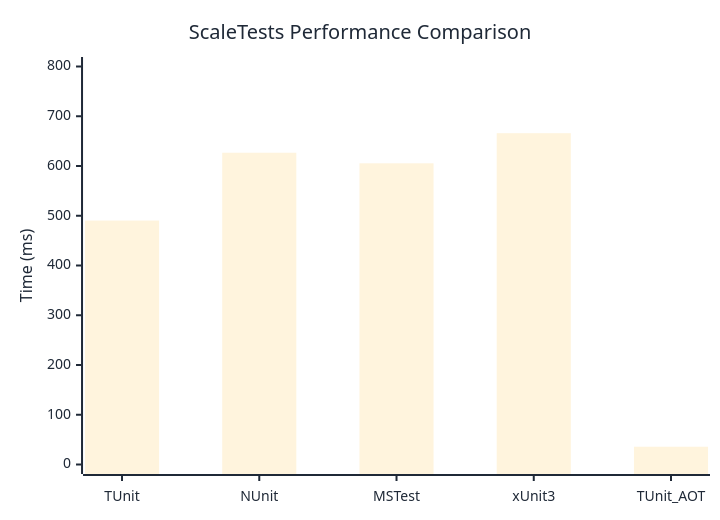
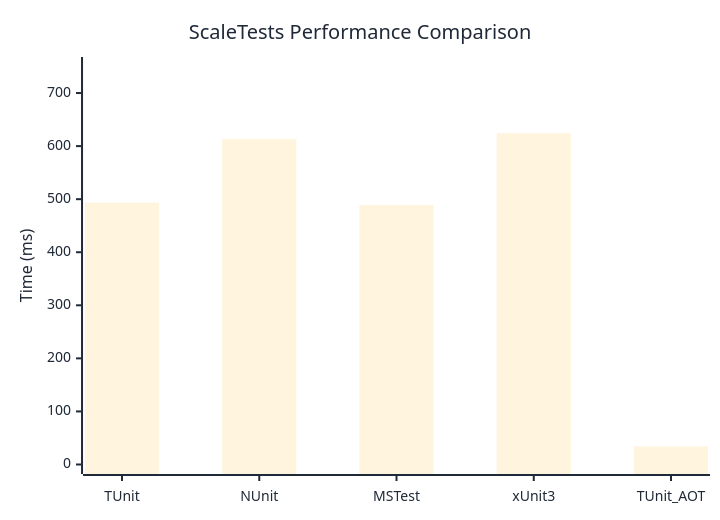
One commit to thomhurst/TUnit changed the diagram in docs/docs/benchmarks/ScaleTests.md. Above: the diagram before and after it, drawn with Mermaid. The commit also changed other lines of this file and 17 other files, not shown here.

````diff
--- a/docs/docs/benchmarks/ScaleTests.md
+++ b/docs/docs/benchmarks/ScaleTests.md
@@ -27,37 +27,37 @@
 ```mermaid
 %%{init: {
   'theme':'base',
   'themeVariables': {
     'primaryColor': '#2563eb',
     'primaryTextColor': '#1f2937',
     'primaryBorderColor': '#1e40af',
     'lineColor': '#6b7280',
     'secondaryColor': '#7c3aed',
     'tertiaryColor': '#dc2626',
     'background': '#ffffff',
     'mainBkg': '#2563eb',
     'secondBkg': '#7c3aed',
     'tertiaryBkg': '#dc2626',
     'clusterBkg': '#f3f4f6',
     'edgeLabelBackground': '#ffffff',
     'tertiaryTextColor': '#1f2937',
     'pie1': '#2563eb',
     'pie2': '#7c3aed',
     'pie3': '#dc2626',
     'pie4': '#f59e0b',
     'pie5': '#10b981',
     'pie6': '#06b6d4',
     'pie7': '#ec4899',
     'pie8': '#6366f1',
     'pie9': '#84cc16',
     'pie10': '#f97316',
     'pie11': '#14b8a6',
     'pie12': '#a855f7'
   }
 }}%%
 xychart-beta
   title "ScaleTests Performance Comparison"
   x-axis ["TUnit", "NUnit", "MSTest", "xUnit3", "TUnit_AOT"]
-  y-axis "Time (ms)" 0 --> 800
-  bar [490.32, 626.66, 605.43, 665.98, 35.74]
+  y-axis "Time (ms)" 0 --> 750
+  bar [493.65, 612.98, 488.96, 624.37, 34.14]
 ```
````
